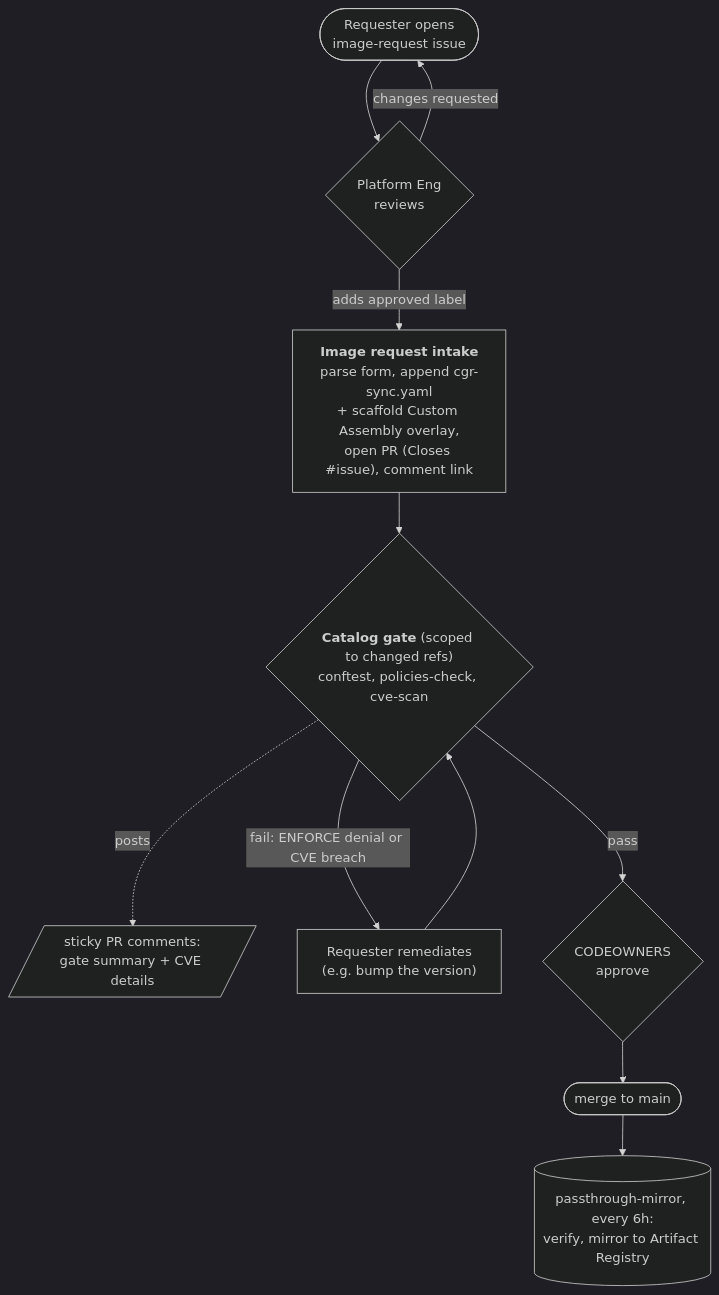
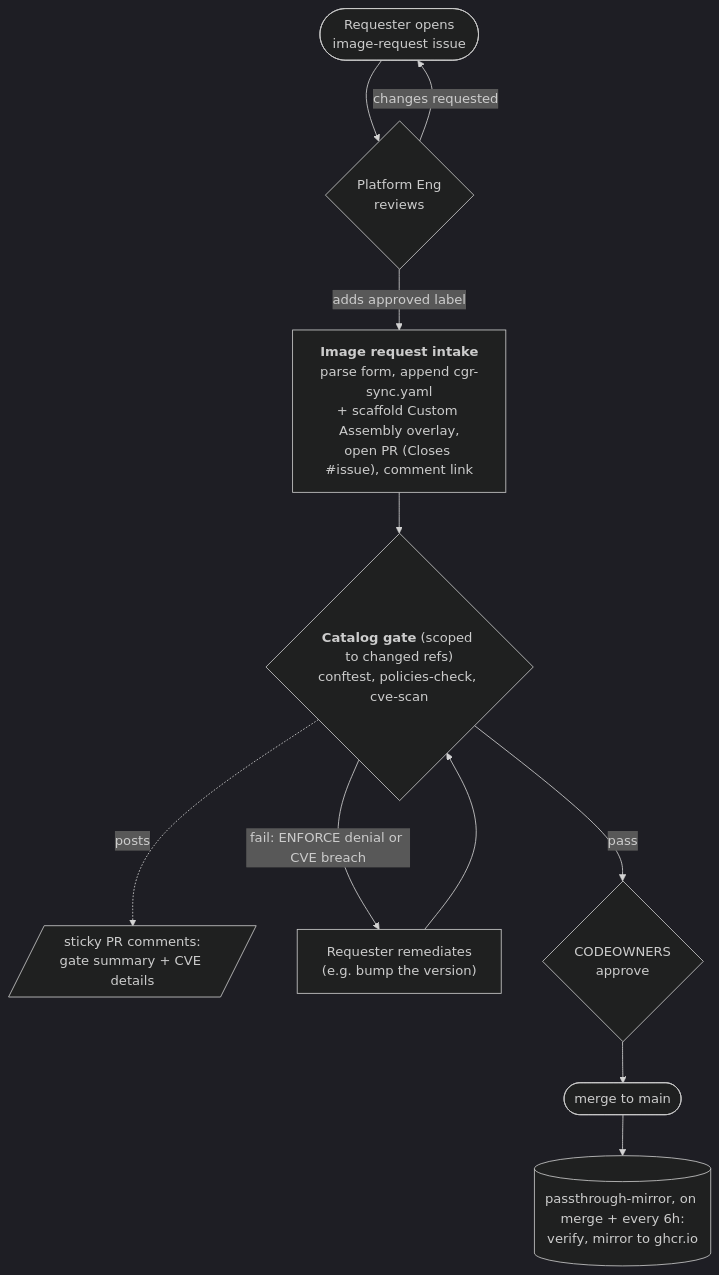
The second of 2 diagrams in README.md (cartyc/golden-image), drawn with Mermaid (dark theme) before and after one commit. The commit also changed other lines of this file and 2 other files, not shown here.

````diff
--- a/README.md
+++ b/README.md
@@ -117,19 +126,19 @@
 ```mermaid
 flowchart TD
   issue(["Requester opens<br/>image-request issue"])
   review{"Platform Eng<br/>reviews"}
   intake["<b>Image request intake</b><br/>parse form, append cgr-sync.yaml<br/>+ scaffold Custom Assembly overlay,<br/>open PR (Closes #issue), comment link"]
   gate{"<b>Catalog gate</b> (scoped to changed refs)<br/>conftest, policies-check, cve-scan"}
   feedback[/"sticky PR comments:<br/>gate summary + CVE details"/]
   remediate["Requester remediates<br/>(e.g. bump the version)"]
   codeowners{"CODEOWNERS<br/>approve"}
   merge(["merge to main"])
-  mirror[("passthrough-mirror, every 6h:<br/>verify, mirror to Artifact Registry")]
+  mirror[("passthrough-mirror, on merge + every 6h:<br/>verify, mirror to ghcr.io")]
 
   issue --> review
   review -- "adds approved label" --> intake --> gate
   gate -. posts .-> feedback
   gate -- "fail: ENFORCE denial or CVE breach" --> remediate --> gate
   gate -- pass --> codeowners --> merge --> mirror
   review -- "changes requested" --> issue
 ```
````
